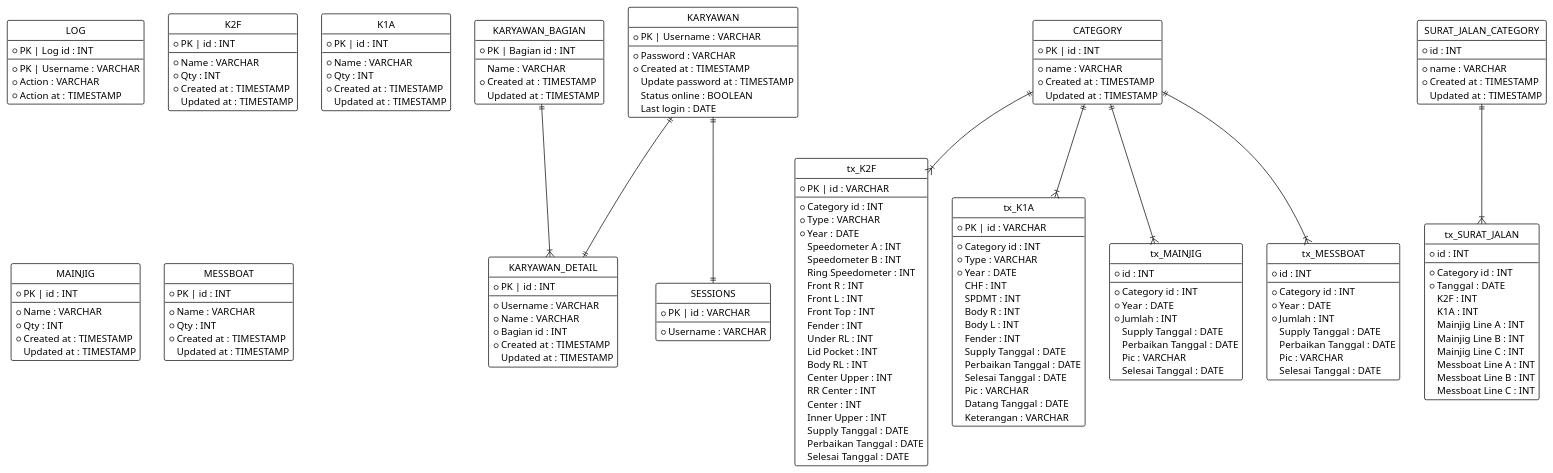
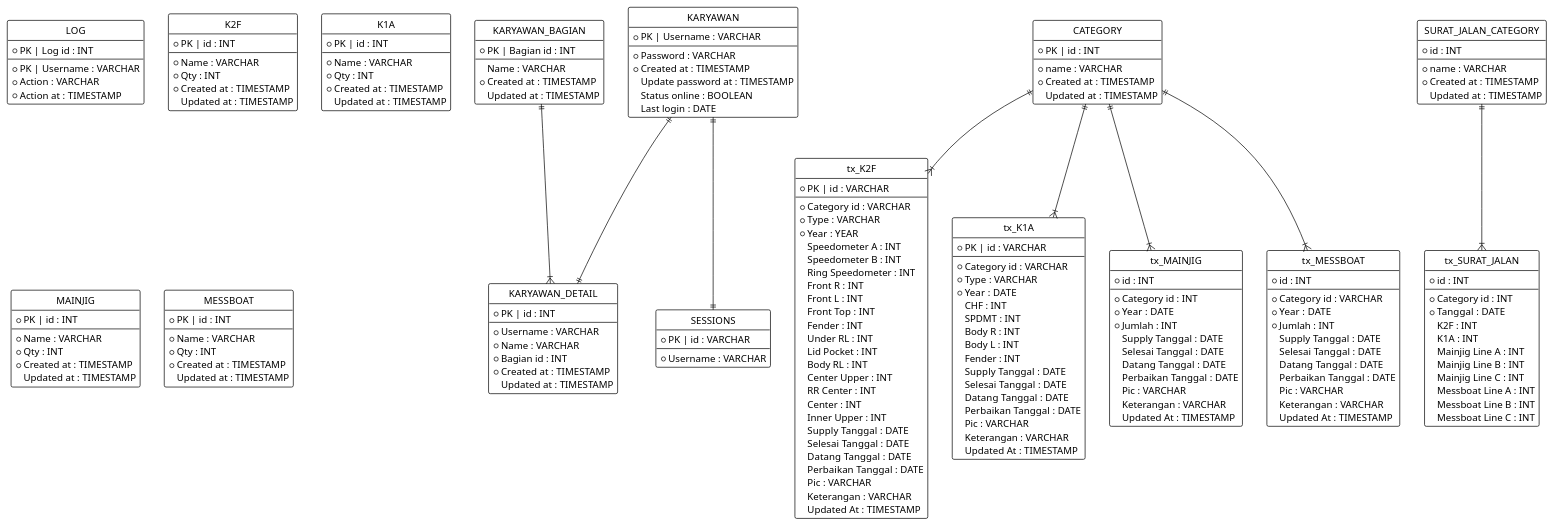
The diagram in Diagrams/ERD.puml (marlisumarli/hanger-scheduling), drawn with PlantUML before and after one commit. The commit also changed 6 other files, not shown here.

```diff
--- a/Diagrams/ERD.puml
+++ b/Diagrams/ERD.puml
@@ -92,9 +92,9 @@
 entity tx_K2F{
 * PK | id : VARCHAR
 --
-* Category id : INT
+* Category id : VARCHAR
 * Type : VARCHAR
-* Year : DATE
+* Year : YEAR
 Speedometer A : INT
 Speedometer B : INT
 Ring Speedometer : INT
@@ -110,14 +110,18 @@
 Center : INT
 Inner Upper : INT
 Supply Tanggal : DATE
+Selesai Tanggal : DATE
+Datang Tanggal : DATE
 Perbaikan Tanggal : DATE
-Selesai Tanggal : DATE
+Pic : VARCHAR
+Keterangan : VARCHAR
+Updated At : TIMESTAMP
 }
 
 entity tx_K1A{
 * PK | id : VARCHAR
 --
-* Category id : INT
+* Category id : VARCHAR
 * Type : VARCHAR
 * Year : DATE
 CHF : INT
@@ -126,11 +130,12 @@
 Body L : INT
 Fender : INT
 Supply Tanggal : DATE
+Selesai Tanggal : DATE
+Datang Tanggal : DATE
 Perbaikan Tanggal : DATE
-Selesai Tanggal : DATE
 Pic : VARCHAR
-Datang Tanggal : DATE
 Keterangan : VARCHAR
+Updated At : TIMESTAMP
 }
 
 entity tx_MAINJIG{
@@ -140,21 +145,27 @@
 * Year : DATE
 * Jumlah : INT
 Supply Tanggal : DATE
+Selesai Tanggal : DATE
+Datang Tanggal : DATE
 Perbaikan Tanggal : DATE
 Pic : VARCHAR
-Selesai Tanggal : DATE
+Keterangan : VARCHAR
+Updated At : TIMESTAMP
 }
 
 entity tx_MESSBOAT{
 * id : INT
 --
-* Category id : INT
+* Category id : VARCHAR
 * Year : DATE
 * Jumlah : INT
 Supply Tanggal : DATE
+Selesai Tanggal : DATE
+Datang Tanggal : DATE
 Perbaikan Tanggal : DATE
 Pic : VARCHAR
-Selesai Tanggal : DATE
+Keterangan : VARCHAR
+Updated At : TIMESTAMP
 }
 
 
```
